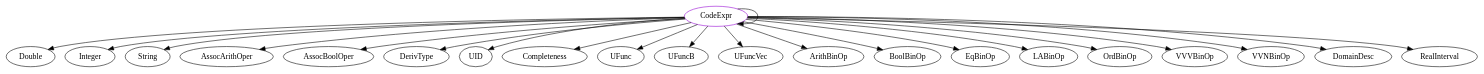
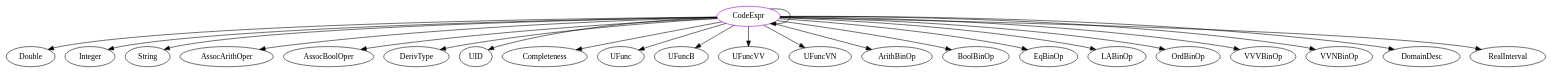
The diagram in analysis/TypeDependencyGraphs/code-base/CodeExpr.dot (JacquesCarette/Drasil), drawn with Graphviz before and after one commit. The commit also changed 491 other files, not shown here.

```diff
--- a/analysis/TypeDependencyGraphs/code-base/CodeExpr.dot
+++ b/analysis/TypeDependencyGraphs/code-base/CodeExpr.dot
@@ -1,24 +1,25 @@
 digraph codeexpr{
 CodeExpr -> Double;
 CodeExpr -> CodeExpr;
 CodeExpr -> Integer;
 CodeExpr -> String;
 CodeExpr -> AssocArithOper;
 CodeExpr -> AssocBoolOper;
 CodeExpr -> DerivType;
 CodeExpr -> UID;
 CodeExpr -> Completeness;
 CodeExpr -> UFunc;
 CodeExpr -> UFuncB;
-CodeExpr -> UFuncVec;
+CodeExpr -> UFuncVV;
+CodeExpr -> UFuncVN;
 CodeExpr -> ArithBinOp;
 CodeExpr -> BoolBinOp;
 CodeExpr -> EqBinOp;
 CodeExpr -> LABinOp;
 CodeExpr -> OrdBinOp;
 CodeExpr -> VVVBinOp;
 CodeExpr -> VVNBinOp;
 CodeExpr -> DomainDesc;
 CodeExpr -> RealInterval;
 CodeExpr	[shape=oval, color=darkviolet, label=CodeExpr];
 }
```
